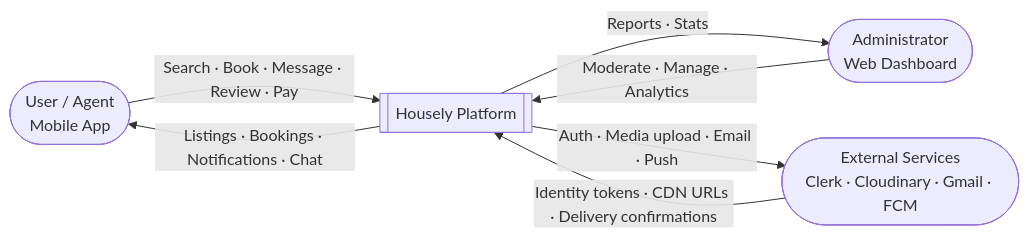
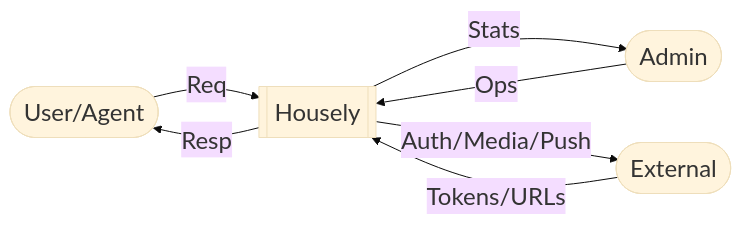
Before and after one commit to jim2107054/Housely: the second of 16 diagrams in housely_mermaid_diagrams.md, drawn with Mermaid. The commit also changed other lines of this file and 4 other files, not shown here.

````diff
--- a/housely_mermaid_diagrams.md
+++ b/housely_mermaid_diagrams.md
@@ -50,15 +49,15 @@
 ```mermaid
+%%{init: {"theme":"base","themeVariables":{"fontFamily":"Times New Roman","fontSize":"24px"}}}%%
 graph LR
-    USER(["User / Agent\nMobile App"])
-    ADMIN(["Administrator\nWeb Dashboard"])
-    EXT(["External Services\nClerk · Cloudinary · Gmail · FCM"])
+    USER(["User/Agent"])
+    ADMIN(["Admin"])
+    EXT(["External"])
+    SYS[["Housely"]]
 
-    SYS[["Housely Platform"]]
-
-    USER  -->|"Search · Book · Message · Review · Pay"| SYS
-    SYS   -->|"Listings · Bookings · Notifications · Chat"| USER
-    ADMIN -->|"Moderate · Manage · Analytics"| SYS
-    SYS   -->|"Reports · Stats"| ADMIN
-    SYS   -->|"Auth · Media upload · Email · Push"| EXT
-    EXT   -->|"Identity tokens · CDN URLs · Delivery confirmations"| SYS
+    USER -->|Req| SYS
+    SYS -->|Resp| USER
+    ADMIN -->|Ops| SYS
+    SYS -->|Stats| ADMIN
+    SYS -->|Auth/Media/Push| EXT
+    EXT -->|Tokens/URLs| SYS
 ```
````
